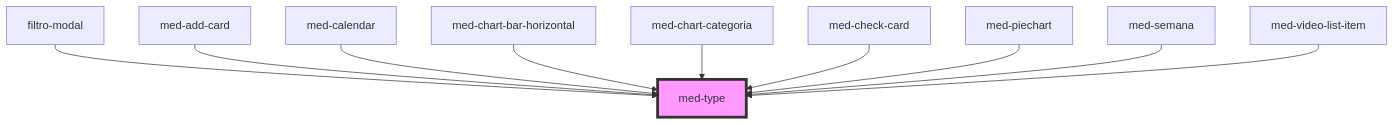
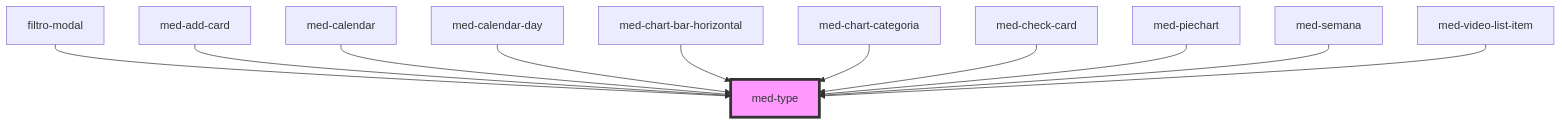
The diagram in core/src/components/@medgrupo/core/med-type/readme.md (MEDGRUPOGIT/ionic-framework-1), drawn with Mermaid before and after one commit. The commit also changed other lines of this file and 14 other files, not shown here.

````diff
--- a/core/src/components/@medgrupo/core/med-type/readme.md
+++ b/core/src/components/@medgrupo/core/med-type/readme.md
@@ -32,13 +33,14 @@
 ```mermaid
 graph TD;
   filtro-modal --> med-type
   med-add-card --> med-type
   med-calendar --> med-type
+  med-calendar-day --> med-type
   med-chart-bar-horizontal --> med-type
   med-chart-categoria --> med-type
   med-check-card --> med-type
   med-piechart --> med-type
   med-semana --> med-type
   med-video-list-item --> med-type
   style med-type fill:#f9f,stroke:#333,stroke-width:4px
 ```
````
